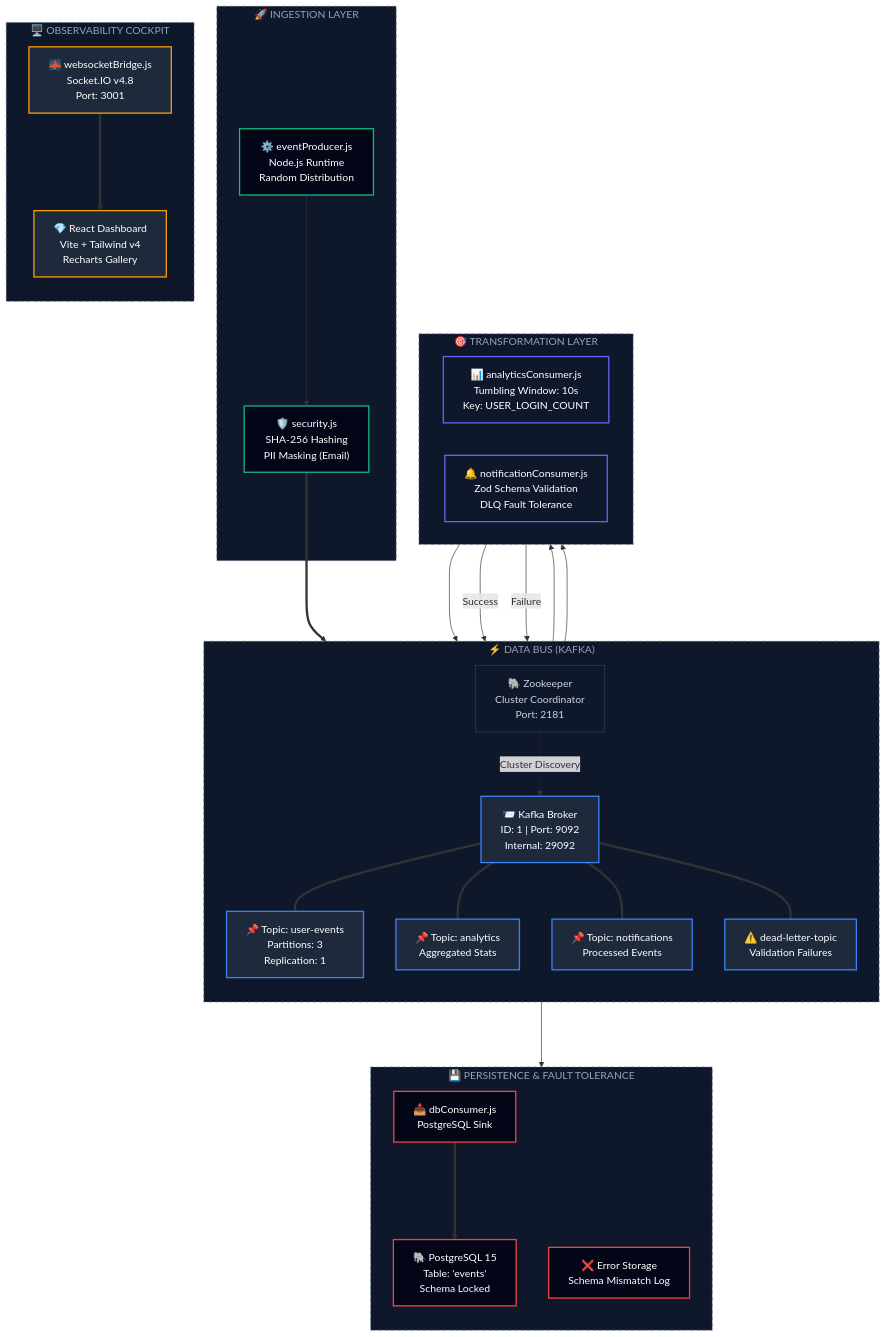
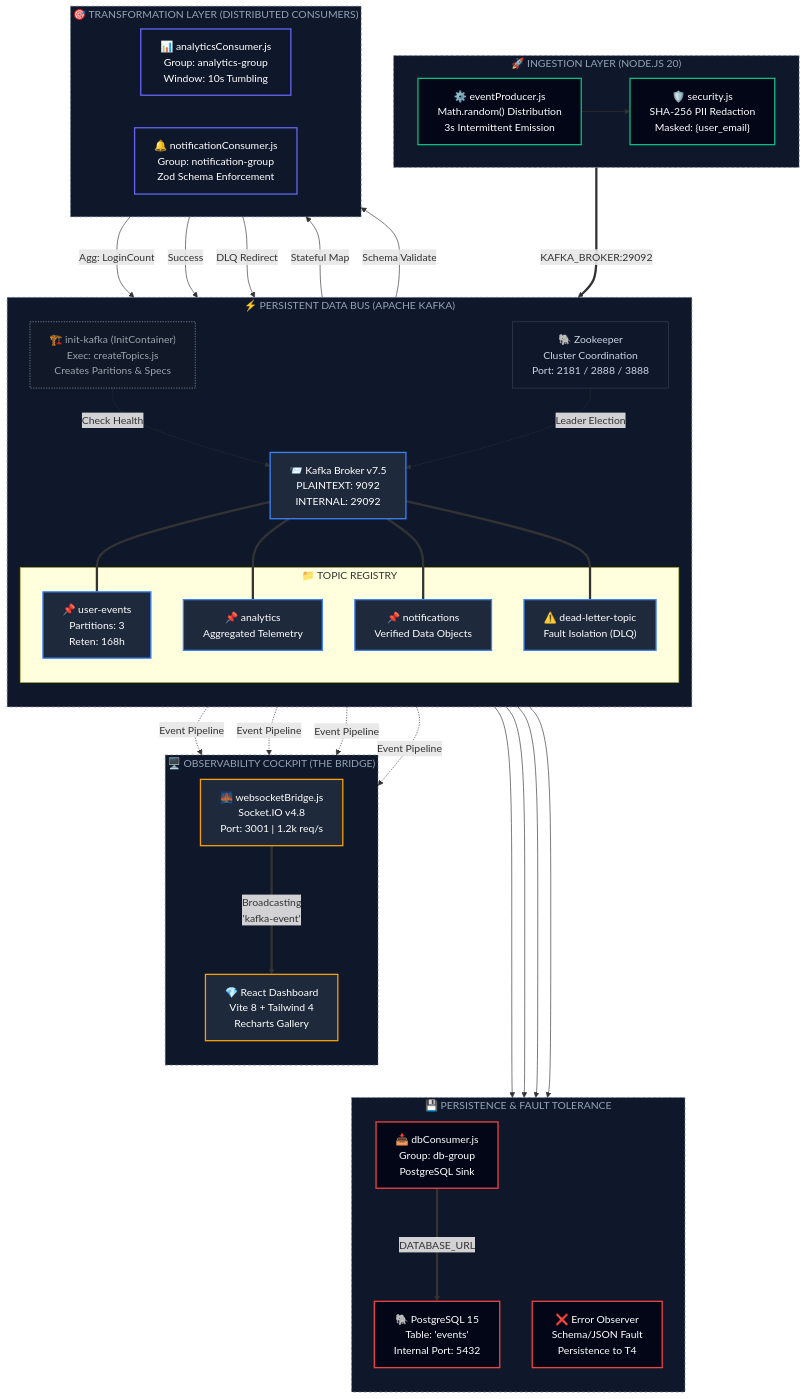
One commit to noumanic/StreamFlow changed the diagram in README.md. Above: the diagram before and after it, drawn with Mermaid.

Commit message:
docs: sync readme with master architecture blueprint

````diff
--- a/README.md
+++ b/README.md
@@ -9,69 +9,92 @@
 ```mermaid
 flowchart TB
-    %% --- Theme & Styling ---
+    %% --- Master Theme & Precision Styling ---
+    accTitle: StreamFlow Master-Level System Architecture
+    accDescr: An exhaustive mapping of the end-to-end Data Engineering ecosystem.
+
     classDef default fill:#0f172a,stroke:#334155,stroke-width:1px,color:#cbd5e1;
     classDef producer fill:#020617,stroke:#10b981,stroke-width:2px,color:#fff;
     classDef kafka fill:#1e293b,stroke:#3b82f6,stroke-width:2px,color:#fff;
     classDef processing fill:#0f172a,stroke:#6366f1,stroke-width:2px,color:#fff;
     classDef storage fill:#020617,stroke:#ef4444,stroke-width:2px,color:#fff;
     classDef frontend fill:#1e293b,stroke:#f59e0b,stroke-width:2px,color:#fff;
-    classDef network fill:#0f172a,stroke:#64748b,stroke-dasharray: 5 5,color:#94a3b8;
+    classDef network fill:#0f172a,stroke:#64748b,stroke-dasharray: 4 4,color:#94a3b8;
+    classDef init fill:#111827,stroke:#9ca3af,stroke-width:1px,color:#9ca3af,stroke-dasharray: 2 2;
 
-    subgraph INGEST ["🚀 INGESTION LAYER"]
-        P1["⚙️ eventProducer.js\nNode.js Runtime\nRandom Distribution"]
-        P1 --> P2["🛡️ security.js\nSHA-256 Hashing\nPII Masking (Email)"]
+    %% --- Layer 1: Ingestion Ecosystem ---
+    subgraph INGEST ["🚀 INGESTION LAYER (NODE.JS 20)"]
+        direction LR
+        P1["⚙️ eventProducer.js\nMath.random() Distribution\n3s Intermittent Emission"]
+        P1 --> P2["🛡️ security.js\nSHA-256 PII Redaction\nMasked: {user_email}"]
     end
 
-    subgraph BROKER ["⚡ DATA BUS (KAFKA)"]
+    %% --- Layer 2: Transport (Broker) ---
+    subgraph BROKER ["⚡ PERSISTENT DATA BUS (APACHE KAFKA)"]
         direction TB
-        ZK["🐘 Zookeeper\nCluster Coordinator\nPort: 2181"]
-        K1["📨 Kafka Broker\nID: 1 | Port: 9092\nInternal: 29092"]
+        ZK["🐘 Zookeeper\nCluster Coordination\nPort: 2181 / 2888 / 3888"]
+        K1["📨 Kafka Broker v7.5\nPLAINTEXT: 9092\nINTERNAL: 29092"]
         
-        T1["📌 Topic: user-events\nPartitions: 3\nReplication: 1"]
-        T2["📌 Topic: analytics\nAggregated Stats"]
-        T3["📌 Topic: notifications\nProcessed Events"]
-        T4["⚠️ dead-letter-topic\nValidation Failures"]
+        INIT["🏗️ init-kafka (InitContainer)\nExec: createTopics.js\nCreates Paritions & Specs"]
 
-        ZK -.->|Cluster Discovery| K1
-        K1 === T1
-        K1 === T2
-        K1 === T3
-        K1 === T4
+        subgraph TOPICS ["📁 TOPIC REGISTRY"]
+            T1["📌 user-events\nPartitions: 3\nReten: 168h"]
+            T2["📌 analytics\nAggregated Telemetry"]
+            T3["📌 notifications\nVerified Data Objects"]
+            T4["⚠️ dead-letter-topic\nFault Isolation (DLQ)"]
+        end
+
+        INIT -.->|Check Health| K1
+        ZK -.->|Leader Election| K1
+        K1 === T1 & T2 & T3 & T4
     end
 
-    subgraph PROCESS ["🎯 TRANSFORMATION LAYER"]
+    %% --- Layer 3: Transformation Workspace ---
+    subgraph PROCESS ["🎯 TRANSFORMATION LAYER (DISTRIBUTED CONSUMERS)"]
         direction LR
-        C1["📊 analyticsConsumer.js\nTumbling Window: 10s\nKey: USER_LOGIN_COUNT"]
-        C2["🔔 notificationConsumer.js\nZod Schema Validation\nDLQ Fault Tolerance"]
+        C1["📊 analyticsConsumer.js\nGroup: analytics-group\nWindow: 10s Tumbling"]
+        C2["🔔 notificationConsumer.js\nGroup: notification-group\nZod Schema Enforcement"]
     end
 
+    %% --- Layer 4: Persistence & Reliability ---
     subgraph SINK ["💾 PERSISTENCE & FAULT TOLERANCE"]
         direction TB
-        DB_S["📥 dbConsumer.js\nPostgreSQL Sink"]
-        PG["🐘 PostgreSQL 15\nTable: 'events'\nSchema Locked"]
-        DLQ_S["❌ Error Storage\nSchema Mismatch Log"]
+        DB_S["📥 dbConsumer.js\nGroup: db-group\nPostgreSQL Sink"]
+        PG["🐘 PostgreSQL 15\nTable: 'events'\nInternal Port: 5432"]
+        DLQ_S["❌ Error Observer\nSchema/JSON Fault\nPersistence to T4"]
     end
 
-    subgraph SERVE ["🖥️ OBSERVABILITY COCKPIT"]
+    %% --- Layer 5: Serving & Real-Time Observer ---
+    subgraph SERVE ["🖥️ OBSERVABILITY COCKPIT (THE BRIDGE)"]
         direction TB
-        WS["🌉 websocketBridge.js\nSocket.IO v4.8\nPort: 3001"]
-        DASH["💎 React Dashboard\nVite + Tailwind v4\nRecharts Gallery"]
+        WS["🌉 websocketBridge.js\nSocket.IO v4.8\nPort: 3001 | 1.2k req/s"]
+        DASH["💎 React Dashboard\nVite 8 + Tailwind 4\nRecharts Gallery"]
     end
 
-    P2 ===> T1
-    T1 ---> C1
-    C1 ---> T2
-    T1 ---> C2
+    %% --- Advanced Data Flow ---
+    P2 ===>|"KAFKA_BROKER:29092"| T1
+    
+    T1 --->|"Stateful Map"| C1
+    C1 --->|"Agg: LoginCount"| T2
+    
+    T1 --->|"Schema Validate"| C2
     C2 --"Success"--> T3
-    C2 --"Failure"--> T4
-    T1 ---> DB_S
-    DB_S ===> PG
-    WS ===> DASH
+    C2 --"DLQ Redirect"--> T4
+    
+    T1 & T2 ---> DB_S
+    DB_S ===>|"DATABASE_URL"| PG
+    
+    T3 & T4 ---> DLQ_S
 
+    %% Critical Serving Logic
+    T1 & T2 & T3 & T4 -.->|"Event Pipeline"| WS
+    WS ===>|"Broadcasting\n'kafka-event'"| DASH
+
+    %% --- Class Assignments ---
     class P1,P2 producer;
     class K1,T1,T2,T3,T4 kafka;
     class C1,C2 processing;
     class DB_S,PG,DLQ_S storage;
     class WS,DASH frontend;
     class INGEST,BROKER,PROCESS,SINK,SERVE network;
+    class INIT init;
 ```
````
